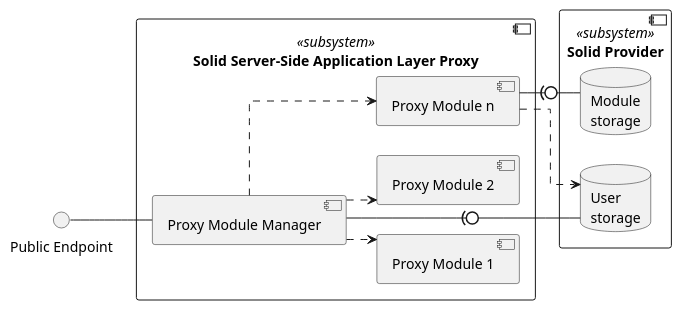
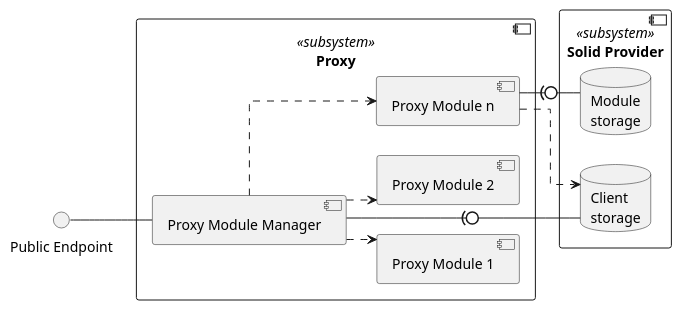
Before and after one commit to guddii/SEACT: the diagram in docs/resources/diagrams/Logical_Topology_A.puml, drawn with PlantUML. The commit also changed 71 other files, not shown here.

Commit message:
refactor: apply solid application interoperability spec (#30)

```diff
--- a/docs/resources/diagrams/Logical_Topology_A.puml
+++ b/docs/resources/diagrams/Logical_Topology_A.puml
@@ -1,24 +1,24 @@
 @startuml Logical_Topology_A
 left to right direction
 skinparam linetype ortho
 skinparam nodesep 30
 skinparam ranksep 30
 interface "Public Endpoint" as PE
-component "Solid Server-Side Application Layer Proxy" as proxy <<subsystem>>{
+component "Proxy" as proxy <<subsystem>>{
     component "Proxy Module Manager" as MM
     component "Proxy Module 1" as M1
     component "Proxy Module 2" as M2
     component "Proxy Module n" as MN
 }
 component "Solid Provider" as P <<subsystem>>{
-    database "User\nstorage" as SU
+    database "Client\nstorage" as CU
     database "Module\nstorage" as SM
 }
 PE -- MM
 MM ..> M1
 MM ..> M2
 MM ..> MN
-MM -(0- SU
+MM -(0- CU
 MN -(0- SM
-MN ..> SU
+MN ..> CU
 @enduml
```
